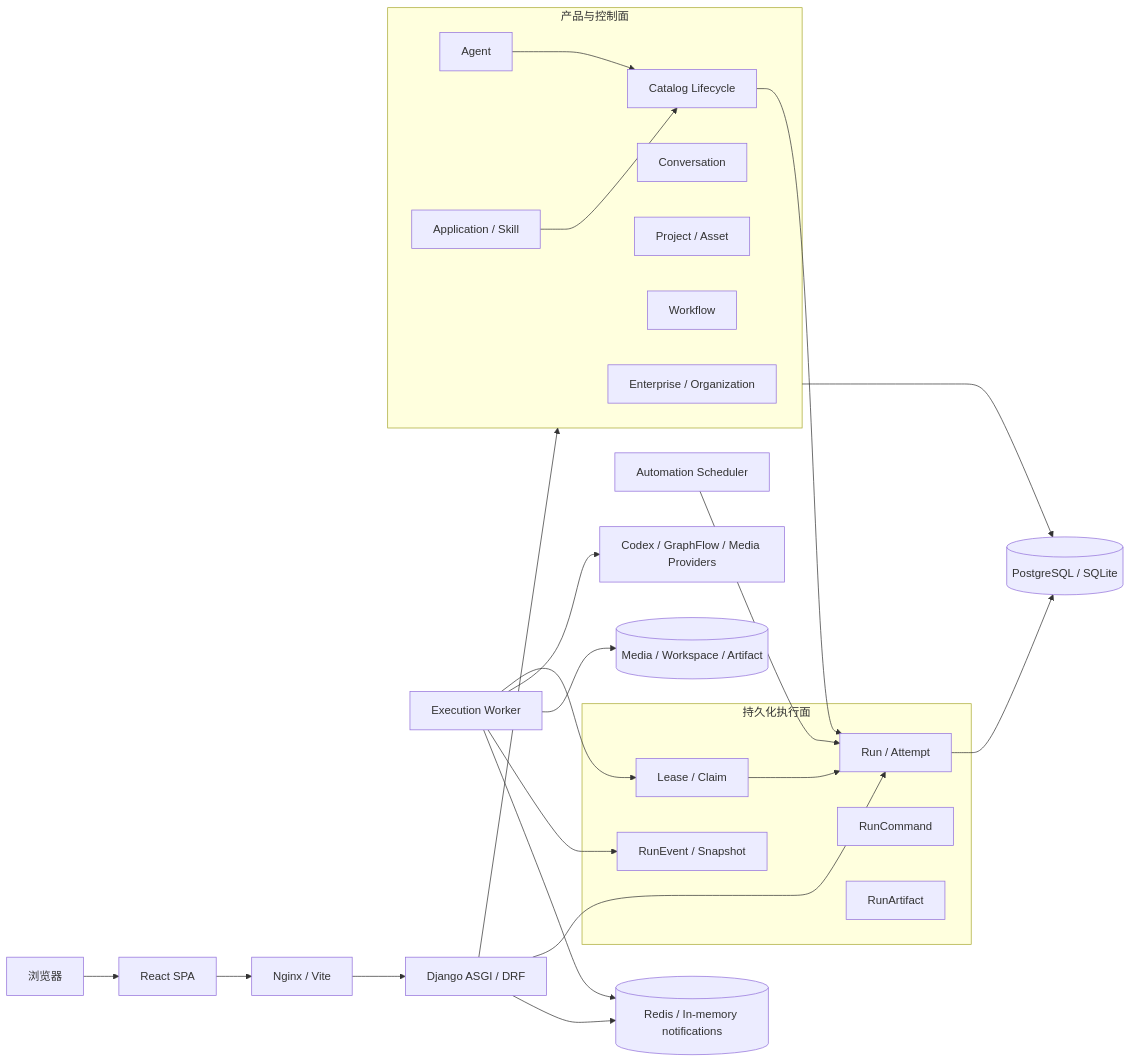
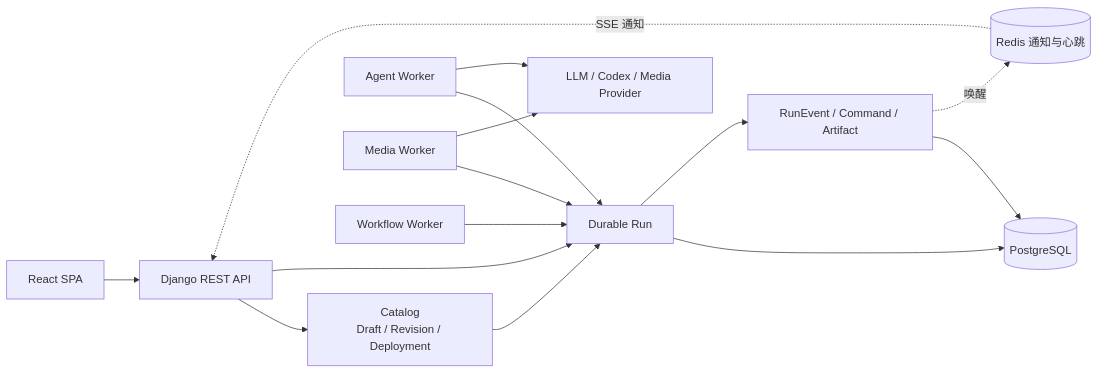
One commit to soundex-dele/creation_agent_studio changed the diagram in ARCHITECTURE_ANALYSIS.md. Above: the diagram before and after it, drawn with Mermaid. The commit also changed other lines of this file and 102 other files, not shown here.

Commit message:
refactor: unify execution on durable runs

````diff
--- a/ARCHITECTURE_ANALYSIS.md
+++ b/ARCHITECTURE_ANALYSIS.md
@@ -24,48 +14,29 @@
 ```mermaid
 flowchart LR
-    U[浏览器]
-    FE[React SPA]
-    N[Nginx / Vite]
-    WEB[Django ASGI / DRF]
+    UI[React SPA]
+    API[Django REST API]
+    CAT[Catalog<br/>Draft / Revision / Deployment]
+    RUN[Durable Run]
+    EVT[RunEvent / Command / Artifact]
+    WA[Agent Worker]
+    WM[Media Worker]
+    WW[Workflow Worker]
+    DB[(PostgreSQL)]
+    REDIS[(Redis 通知与心跳)]
+    EXT[LLM / Codex / Media Provider]
 
-    subgraph PRODUCT[产品与控制面]
-        ENT[Enterprise / Organization]
-        AG[Agent]
-        APP[Application / Skill]
-        CONV[Conversation]
-        PROJ[Project / Asset]
-        WF[Workflow]
-        CAT[Catalog Lifecycle]
-    end
-
-    subgraph EXEC[持久化执行面]
-        RUN[Run / Attempt]
-        LEASE[Lease / Claim]
-        EVT[RunEvent / Snapshot]
-        CMD[RunCommand]
-        ART[RunArtifact]
-    end
-
-    CO[Execution Worker]
-    SCH[Automation Scheduler]
-    DB[(PostgreSQL / SQLite)]
-    REDIS[(Redis / In-memory notifications)]
-    FS[(Media / Workspace / Artifact)]
-    EXT[Codex / GraphFlow / Media Providers]
-
-    U --> FE --> N --> WEB
-    WEB --> PRODUCT
-    APP --> CAT
-    AG --> CAT
+    UI --> API
+    API --> CAT
+    API --> RUN
     CAT --> RUN
-    WEB --> RUN
     RUN --> DB
-    CO --> LEASE --> RUN
-    CO --> EXT
-    CO --> FS
-    CO --> EVT
-    WEB --> REDIS
-    CO --> REDIS
-    SCH --> RUN
-    PRODUCT --> DB
+    WA --> RUN
+    WM --> RUN
+    WW --> RUN
+    WA --> EXT
+    WM --> EXT
+    RUN --> EVT
+    EVT --> DB
+    EVT -.唤醒.-> REDIS
+    REDIS -.SSE 通知.-> API
 ```
````
